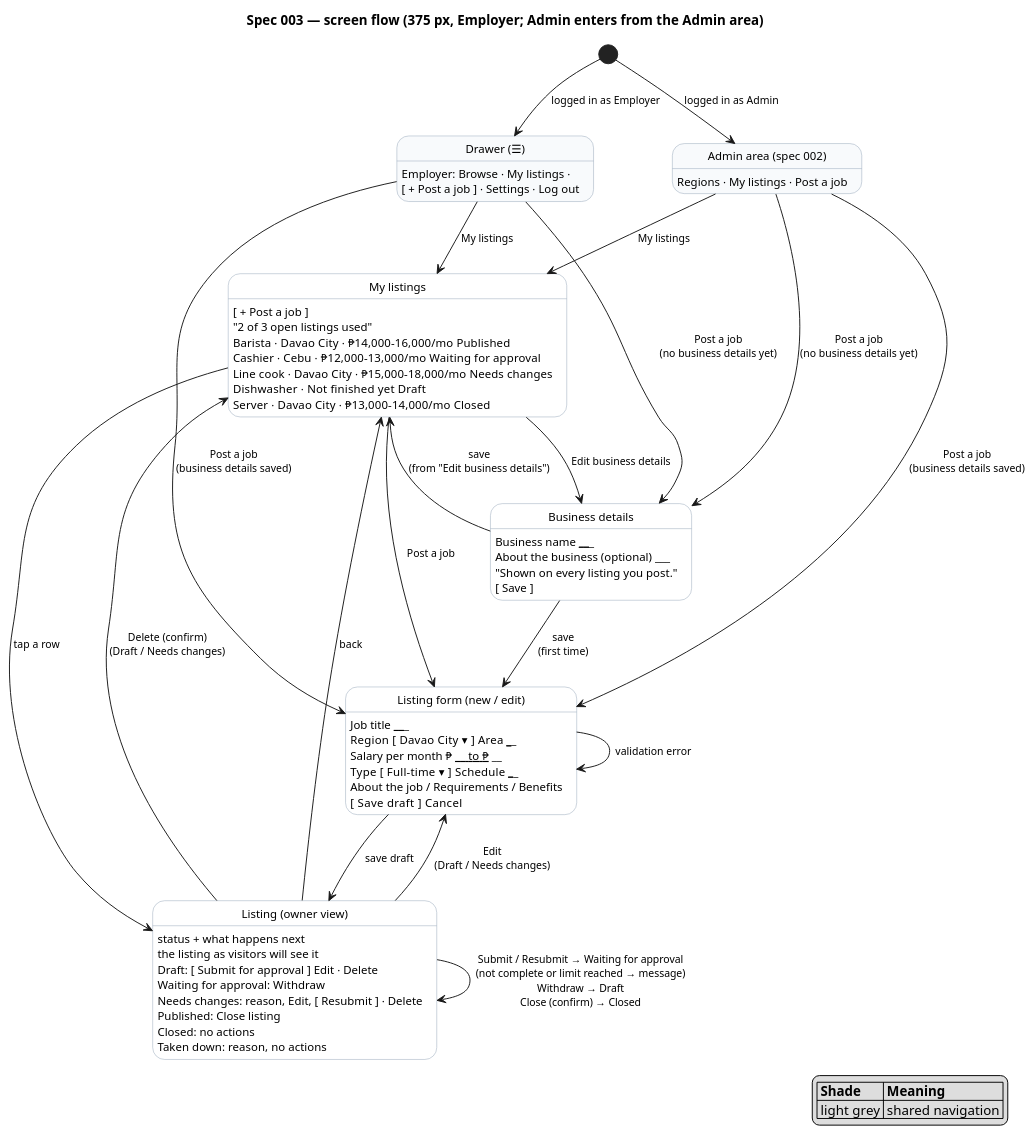
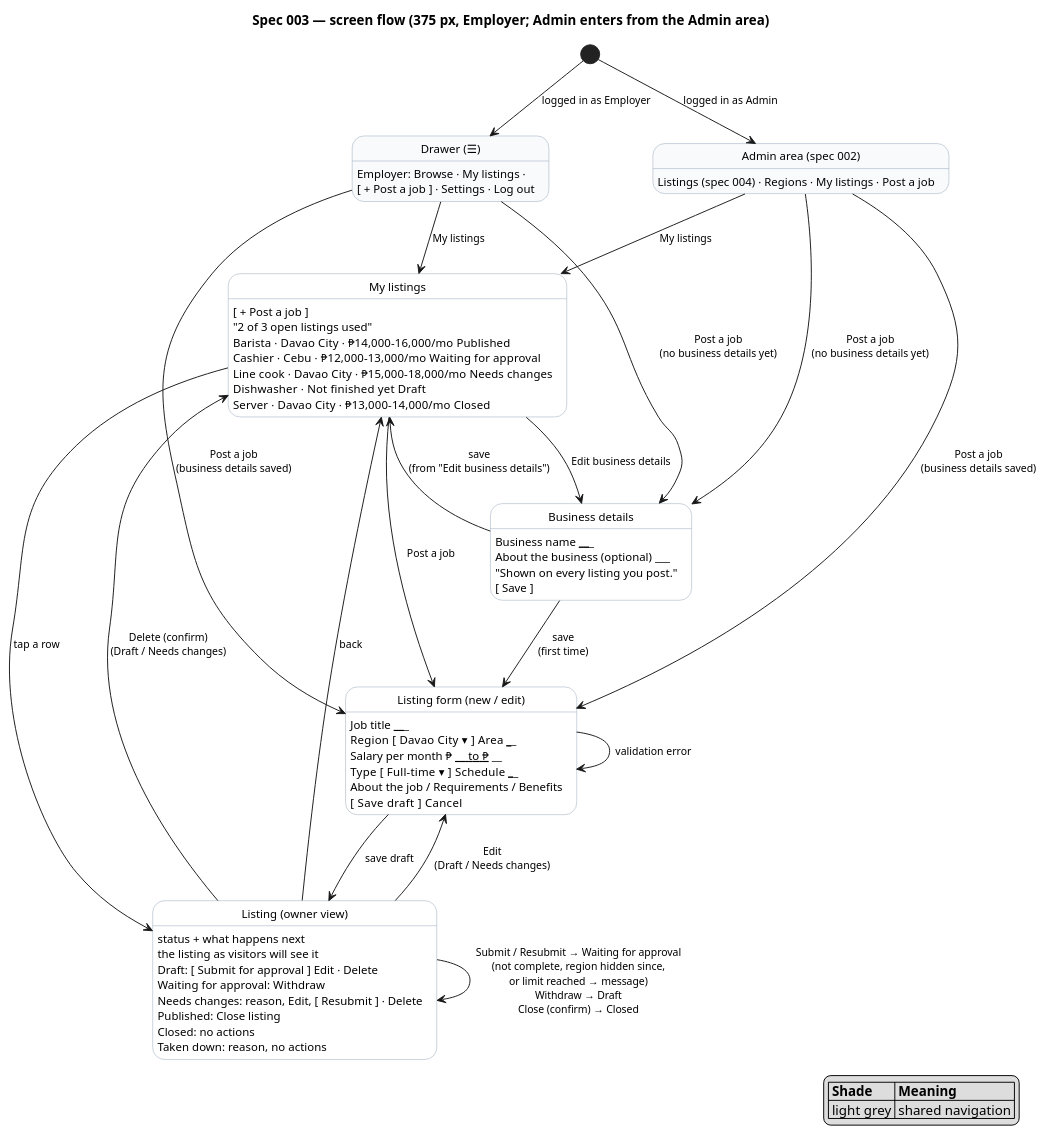
Before and after one commit to raseniero/jairojobs-elixir: the diagram in docs/specs/003-listings-employer-posting/diagrams/screenflow-posting.puml, drawn with PlantUML. The commit also changed 12 other files, not shown here.

Commit message:
docs(spec 003): diagrams draw what the requirements already said; Closed and Taken down are final for everyone

```diff
--- a/docs/specs/003-listings-employer-posting/diagrams/screenflow-posting.puml
+++ b/docs/specs/003-listings-employer-posting/diagrams/screenflow-posting.puml
@@ -1,80 +1,80 @@
 @startuml screenflow-posting
 ' Spec 003 — screen flow. Each state is a screen (key elements listed); each arrow is a user action.
 ' Every user story US-003-1..12 is a path through this diagram (see table in spec.md).
 
 hide empty description
 skinparam state {
   BackgroundColor white
   BackgroundColor<<public>> #f8fafc
   BorderColor #94a3b8
   FontSize 12
 }
 skinparam arrowFontSize 11
 
 title Spec 003 — screen flow (375 px, Employer; Admin enters from the Admin area)
 
 state "Drawer (☰)" as Drawer <<public>>
 Drawer : Employer: Browse · My listings ·
 Drawer : [ + Post a job ] · Settings · Log out
 
 state "Admin area (spec 002)" as AdminArea <<public>>
-AdminArea : Regions · My listings · Post a job
+AdminArea : Listings (spec 004) · Regions · My listings · Post a job
 
 state "My listings" as Mine
 Mine : [ + Post a job ]
 Mine : "2 of 3 open listings used"
 Mine : Barista · Davao City · ₱14,000–16,000/mo   Published
 Mine : Cashier · Cebu · ₱12,000–13,000/mo   Waiting for approval
 Mine : Line cook · Davao City · ₱15,000–18,000/mo   Needs changes
 Mine : Dishwasher · Not finished yet   Draft
 Mine : Server · Davao City · ₱13,000–14,000/mo   Closed
 
 state "Business details" as Business
 Business : Business name ___________
 Business : About the business (optional) ___
 Business : "Shown on every listing you post."
 Business : [ Save ]
 
 state "Listing form (new / edit)" as Form
 Form : Job title ___________
 Form : Region [ Davao City ▾ ]   Area ______
 Form : Salary per month ₱ ____ to ₱ ____
 Form : Type [ Full-time ▾ ]   Schedule ______
 Form : About the job / Requirements / Benefits
 Form : [ Save draft ]   Cancel
 
 state "Listing (owner view)" as Listing
 Listing : status + what happens next
 Listing : the listing as visitors will see it
 Listing : Draft: [ Submit for approval ] Edit · Delete
 Listing : Waiting for approval: Withdraw
 Listing : Needs changes: reason, Edit, [ Resubmit ] · Delete
 Listing : Published: Close listing
 Listing : Closed: no actions
 Listing : Taken down: reason, no actions
 
 [*] --> Drawer : logged in as Employer
 [*] --> AdminArea : logged in as Admin
 AdminArea --> Mine : My listings
 AdminArea --> Form : Post a job\n(business details saved)
 AdminArea --> Business : Post a job\n(no business details yet)
 Drawer --> Mine : My listings
 Drawer --> Form : Post a job\n(business details saved)
 Drawer --> Business : Post a job\n(no business details yet)
 Mine --> Form : Post a job
 Business --> Form : save\n(first time)
 Business --> Mine : save\n(from "Edit business details")
 Mine --> Business : Edit business details
 Form --> Listing : save draft
 Form --> Form : validation error
 Mine --> Listing : tap a row
 Listing --> Form : Edit\n(Draft / Needs changes)
-Listing --> Listing : Submit / Resubmit → Waiting for approval\n(not complete or limit reached → message)\nWithdraw → Draft\nClose (confirm) → Closed
+Listing --> Listing : Submit / Resubmit → Waiting for approval\n(not complete, region hidden since,\nor limit reached → message)\nWithdraw → Draft\nClose (confirm) → Closed
 Listing --> Mine : Delete (confirm)\n(Draft / Needs changes)
 Listing --> Mine : back
 
 legend right
   |= Shade |= Meaning |
   | light grey | shared navigation |
 endlegend
 @enduml
```
